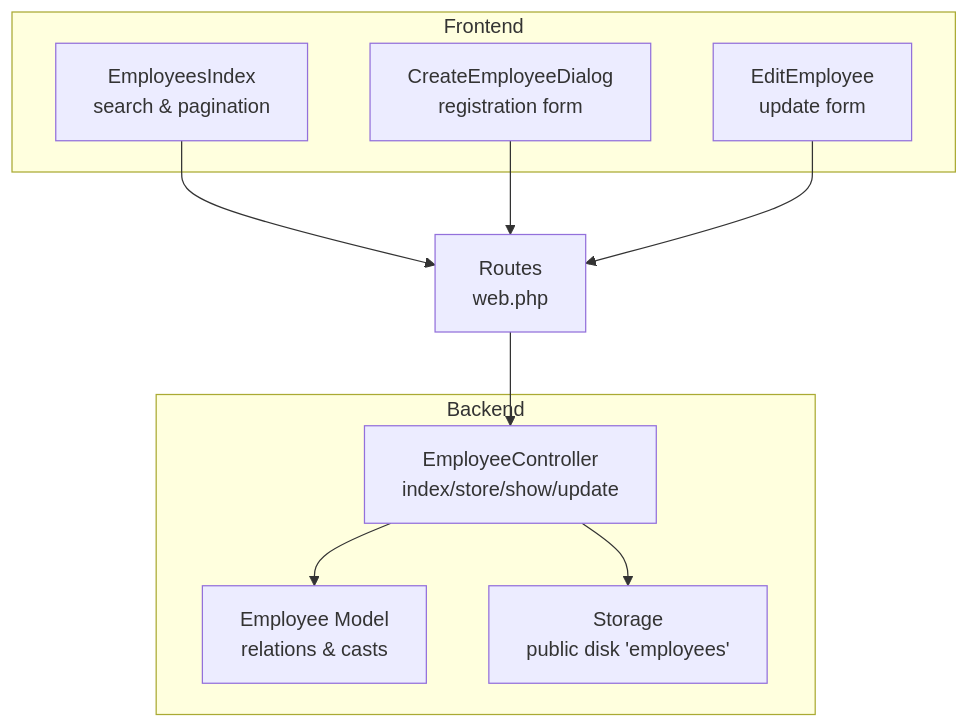
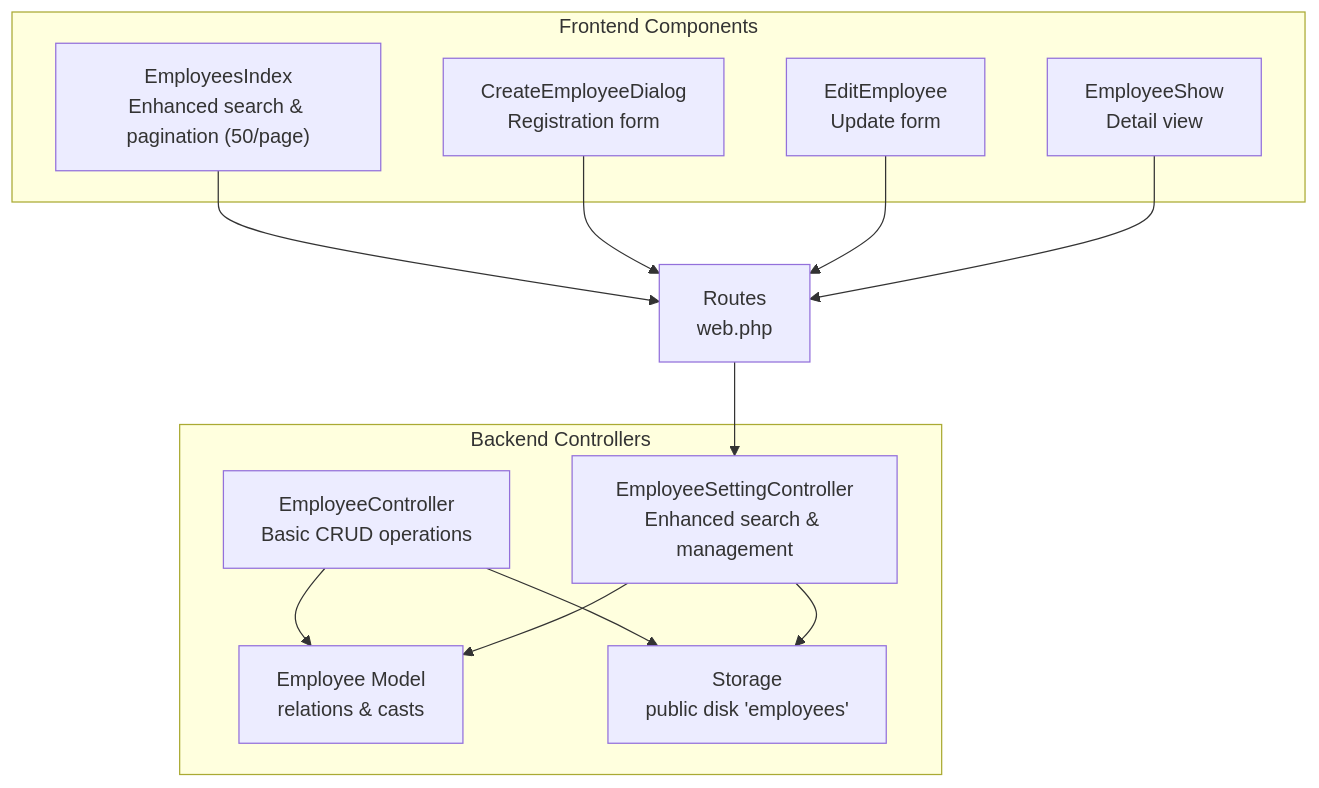
The first of 8 diagrams in .qoder/repowiki/en/content/Employee Management/Employee CRUD Operations.md (vincet0t15/template), drawn with Mermaid before and after one commit. The commit also changed other lines of this file and 7 other files, not shown here.

````diff
--- a/.qoder/repowiki/en/content/Employee Management/Employee CRUD Operations.md
+++ b/.qoder/repowiki/en/content/Employee Management/Employee CRUD Operations.md
@@ -36,20 +46,25 @@
 ```mermaid
 graph TB
-subgraph "Backend"
-C["EmployeeController<br/>index/store/show/update"]
+subgraph "Backend Controllers"
+C1["EmployeeController<br/>Basic CRUD operations"]
+C2["EmployeeSettingController<br/>Enhanced search & management"]
 M["Employee Model<br/>relations & casts"]
 S["Storage<br/>public disk 'employees'"]
 end
-subgraph "Frontend"
-L["EmployeesIndex<br/>search & pagination"]
-F1["CreateEmployeeDialog<br/>registration form"]
-F2["EditEmployee<br/>update form"]
+subgraph "Frontend Components"
+L["EmployeesIndex<br/>Enhanced search & pagination (50/page)"]
+F1["CreateEmployeeDialog<br/>Registration form"]
+F2["EditEmployee<br/>Update form"]
+F3["EmployeeShow<br/>Detail view"]
 end
 R["Routes<br/>web.php"]
 L --> R
 F1 --> R
 F2 --> R
-R --> C
-C --> M
-C --> S
+F3 --> R
+R --> C2
+C1 --> M
+C2 --> M
+C1 --> S
+C2 --> S
 ```
````
